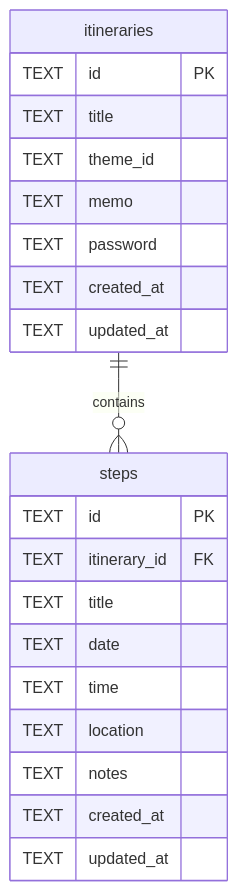
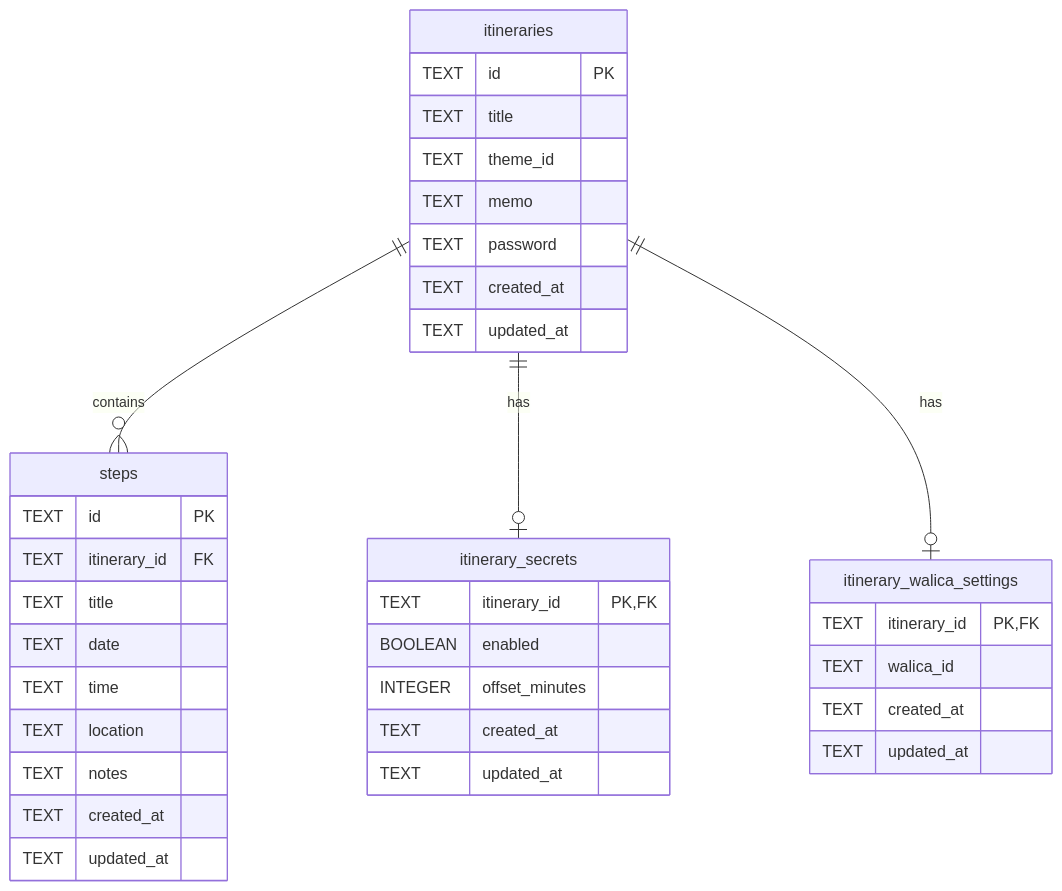
One commit to soranjiro/tabitabi changed the diagram in docs/database.md. Above: the diagram before and after it, drawn with Mermaid. The commit also changed 9 other files, not shown here.

````diff
--- a/docs/database.md
+++ b/docs/database.md
@@ -5,26 +5,43 @@
 ```mermaid
 erDiagram
     itineraries ||--o{ steps : contains
+    itineraries ||--o| itinerary_secrets : has
+    itineraries ||--o| itinerary_walica_settings : has
 
     itineraries {
         TEXT id PK
         TEXT title
         TEXT theme_id
         TEXT memo
         TEXT password
+        TEXT created_at
+        TEXT updated_at
+    }
+
+    itinerary_secrets {
+        TEXT itinerary_id PK, FK
+        BOOLEAN enabled
+        INTEGER offset_minutes
+        TEXT created_at
+        TEXT updated_at
+    }
+
+    itinerary_walica_settings {
+        TEXT itinerary_id PK, FK
+        TEXT walica_id
         TEXT created_at
         TEXT updated_at
     }
 
     steps {
         TEXT id PK
         TEXT itinerary_id FK
         TEXT title
         TEXT date
         TEXT time
         TEXT location
         TEXT notes
         TEXT created_at
         TEXT updated_at
     }
 ```
````
